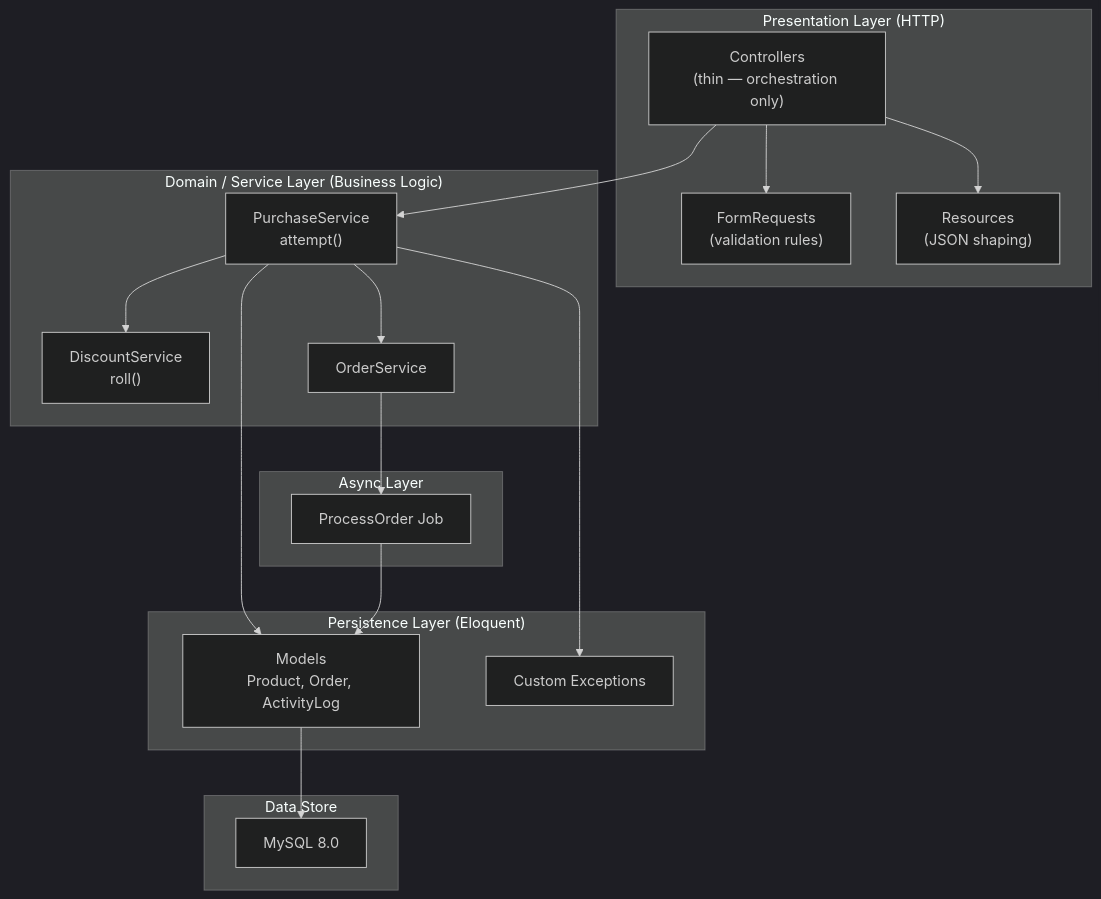
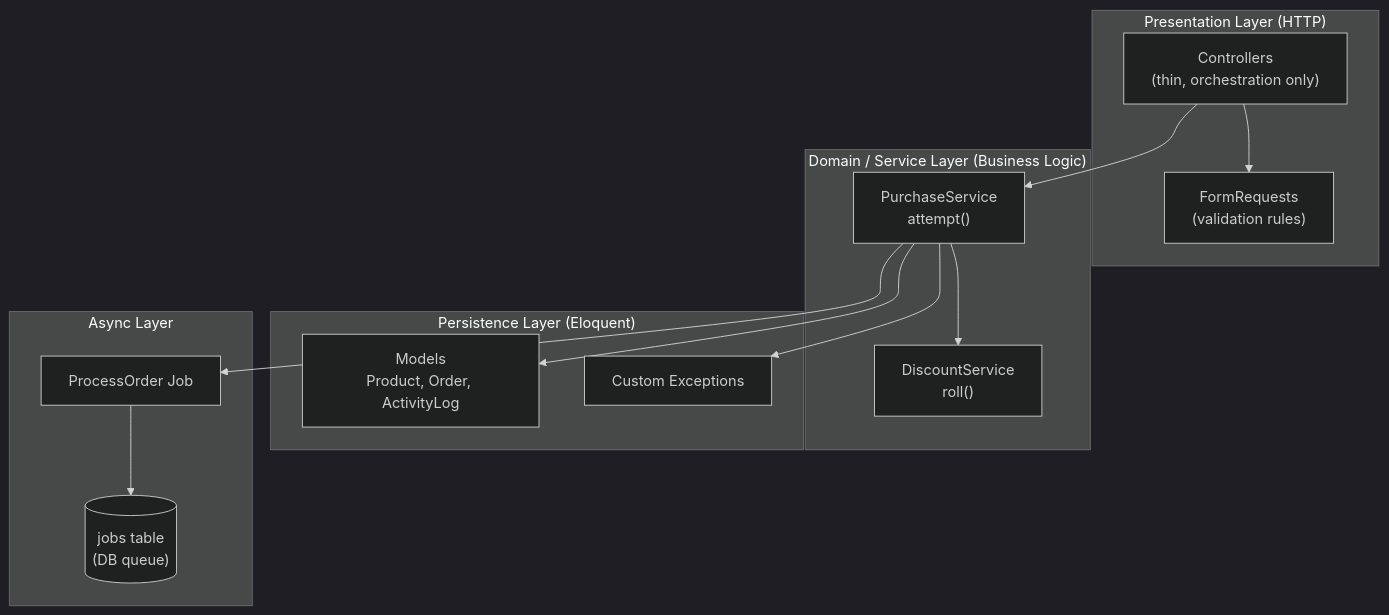
The second of 4 diagrams in README.md (MD-Junayed000/Flash_Sale_Inventor_System), drawn with Mermaid (dark theme) before and after one commit. The commit also changed other lines of this file, not shown here.

Commit message:
docs: rewrite README with verified step-by-step, .env, API endpoints, expected results, and corrected Mermaid

````diff
--- a/README.md
+++ b/README.md
@@ -108,34 +52,27 @@
 ```mermaid
 flowchart TB
     subgraph Presentation["Presentation Layer (HTTP)"]
-        CTRL["Controllers<br/>(thin — orchestration only)"]
+        CTRL["Controllers<br/>(thin, orchestration only)"]
         REQ["FormRequests<br/>(validation rules)"]
-        RES["Resources<br/>(JSON shaping)"]
     end
     subgraph Domain["Domain / Service Layer (Business Logic)"]
         PS["PurchaseService<br/>attempt()"]
         DS["DiscountService<br/>roll()"]
-        OS["OrderService"]
     end
     subgraph Persistence["Persistence Layer (Eloquent)"]
         MOD["Models<br/>Product, Order, ActivityLog"]
         EXC["Custom Exceptions"]
     end
     subgraph Async["Async Layer"]
         JOB["ProcessOrder Job"]
-    end
-    subgraph Data["Data Store"]
-        MYSQL["MySQL 8.0"]
+        Q[("jobs table<br/>(DB queue)")]
     end
 
     CTRL --> REQ
     CTRL --> PS
     PS --> DS
-    PS --> OS
     PS --> MOD
     PS --> EXC
-    CTRL --> RES
-    OS --> JOB
-    MOD --> MYSQL
-    JOB --> MOD
+    PS --> JOB
+    JOB --> Q
 ```
````
